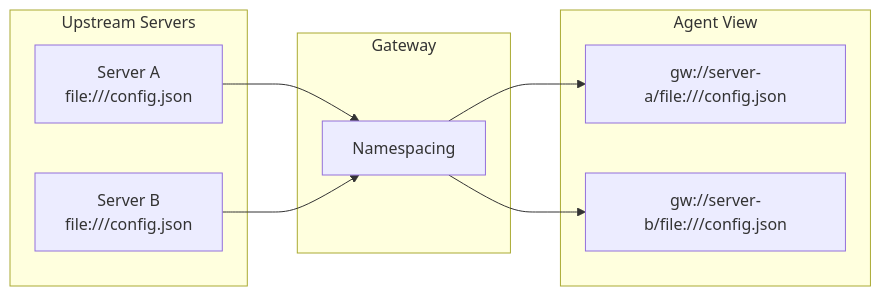
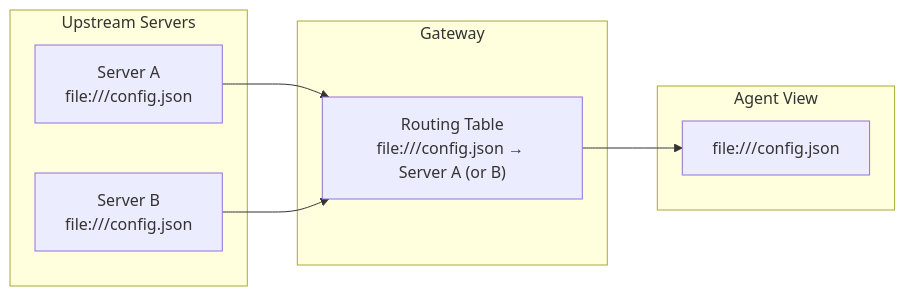
Before and after one commit to karashiiro/my-cool-proxy: the first of 5 diagrams in docs/design/resource-namespacing.md, drawn with Mermaid. The commit also changed other lines of this file and 8 other files, not shown here.

````diff
--- a/docs/design/resource-namespacing.md
+++ b/docs/design/resource-namespacing.md
@@ -27,21 +20,19 @@
 ```mermaid
 flowchart LR
     subgraph Upstream["Upstream Servers"]
         SA["Server A<br/>file:///config.json"]
         SB["Server B<br/>file:///config.json"]
     end
 
     subgraph Gateway["Gateway"]
-        Namespace["Namespacing"]
+        Routing["Routing Table<br/>file:///config.json → Server A (or B)"]
     end
 
     subgraph Agent["Agent View"]
-        NA["gw://server-a/file:///config.json"]
-        NB["gw://server-b/file:///config.json"]
+        NA["file:///config.json"]
     end
 
-    SA --> Namespace
-    SB --> Namespace
-    Namespace --> NA
-    Namespace --> NB
+    SA --> Routing
+    SB --> Routing
+    Routing --> NA
 ```
````
